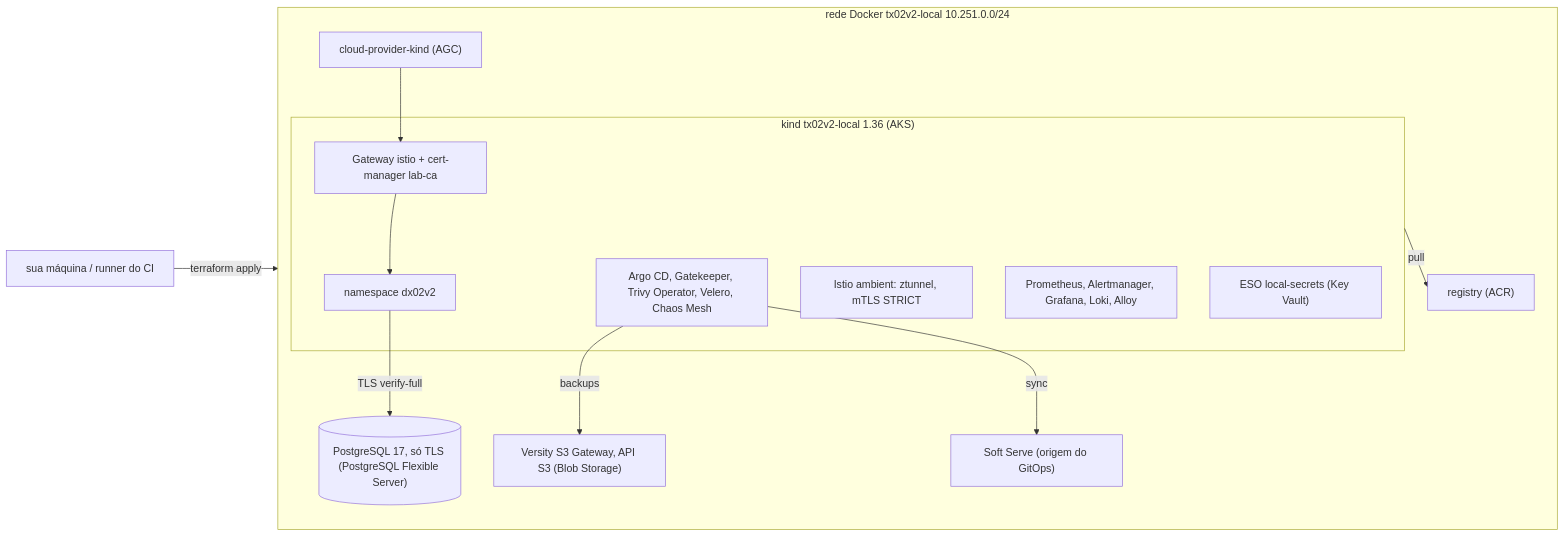
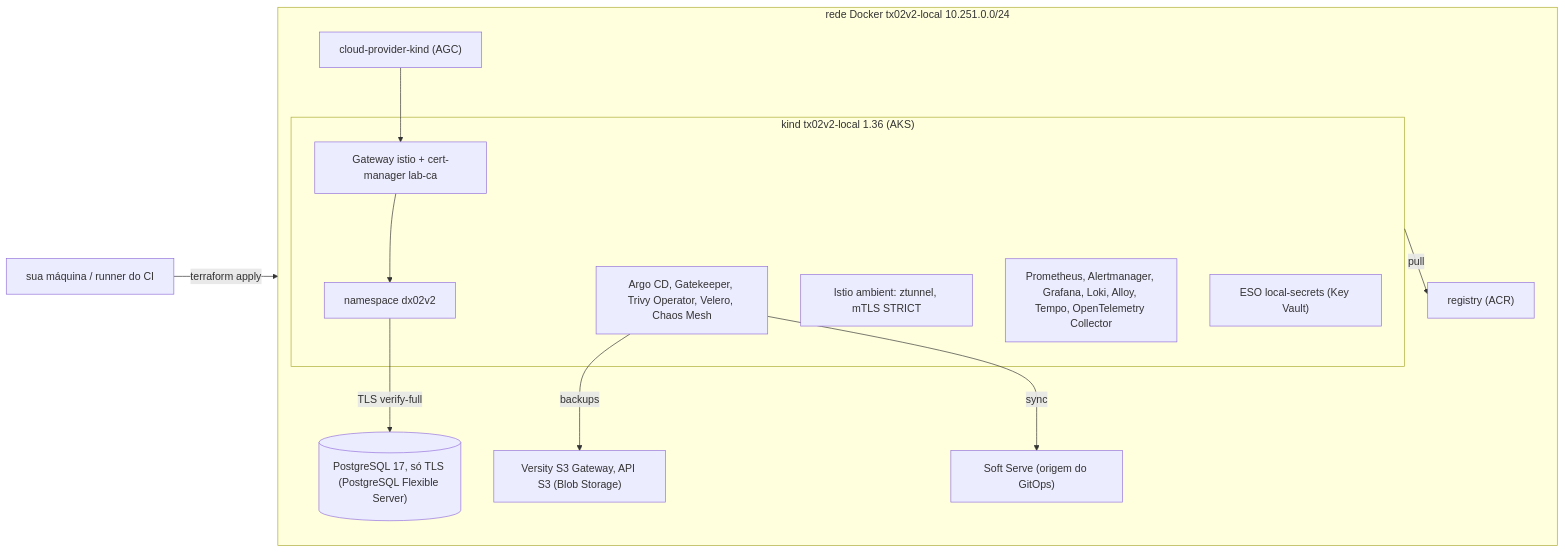
One commit to maringelix/tx02v2 changed the second of 2 diagrams in docs/ARQUITETURA.md. Above: the diagram before and after it, drawn with Mermaid. The commit also changed other lines of this file and 35 other files, not shown here.

First line of the commit message:
feat: OpenTelemetry traces, Slack alerts, chaos latency/stress (contract v2) (#7)

````diff
--- a/docs/ARQUITETURA.md
+++ b/docs/ARQUITETURA.md
@@ -58,24 +58,24 @@
 ```mermaid
 flowchart LR
   dev["sua máquina / runner do CI"] -->|terraform apply| net
   subgraph net["rede Docker tx02v2-local 10.251.0.0/24"]
     reg["registry (ACR)"]
     db[("PostgreSQL 17, só TLS (PostgreSQL Flexible Server)")]
     s3["Versity S3 Gateway, API S3 (Blob Storage)"]
     git["Soft Serve (origem do GitOps)"]
     lb["cloud-provider-kind (AGC)"]
     subgraph kind["kind tx02v2-local 1.36 (AKS)"]
       gw["Gateway istio + cert-manager lab-ca"]
       mesh["Istio ambient: ztunnel, mTLS STRICT"]
-      obs["Prometheus, Alertmanager, Grafana, Loki, Alloy"]
+      obs["Prometheus, Alertmanager, Grafana, Loki, Alloy, Tempo, OpenTelemetry Collector"]
       ops["Argo CD, Gatekeeper, Trivy Operator, Velero, Chaos Mesh"]
       eso["ESO local-secrets (Key Vault)"]
       app["namespace dx02v2"]
     end
   end
   lb --> gw --> app
   app -->|TLS verify-full| db
   ops -->|backups| s3
   ops -->|sync| git
   kind -->|pull| reg
 ```
````
